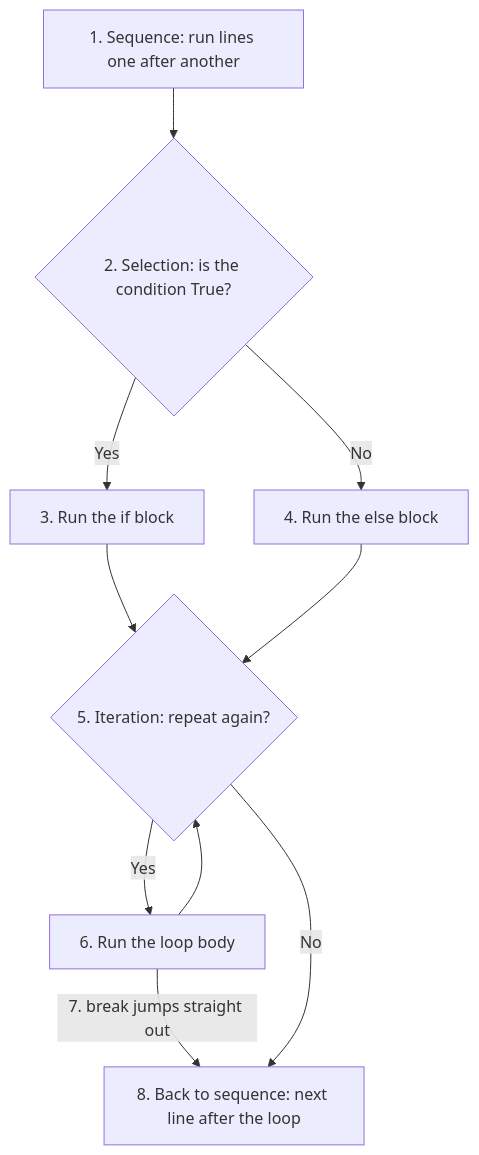
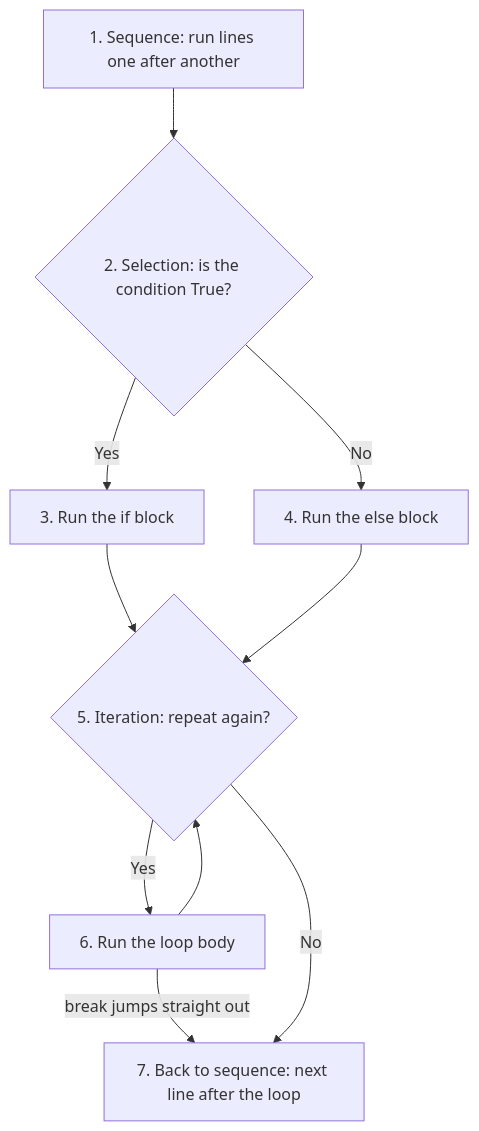
Before and after one commit to ag999git/001-mkdocs: the first of 8 diagrams in docs/04-flow-control/03-2-ch4-conceptual-qa.md, drawn with Mermaid. The commit also changed other lines of this file, not shown here.

````diff
--- a/docs/04-flow-control/03-2-ch4-conceptual-qa.md
+++ b/docs/04-flow-control/03-2-ch4-conceptual-qa.md
@@ -107,12 +107,12 @@
 ```mermaid
 flowchart TD
     A1["1. Sequence: run lines one after another"] --> A2{"2. Selection: is the condition True?"}
     A2 -- "Yes" --> A3["3. Run the if block"]
     A2 -- "No" --> A4["4. Run the else block"]
     A3 --> A5{"5. Iteration: repeat again?"}
     A4 --> A5
     A5 -- "Yes" --> A6["6. Run the loop body"]
-    A6 -- "7. break jumps straight out" --> A8
+    A6 -- "break jumps straight out" --> A7
     A6 --> A5
-    A5 -- "No" --> A8["8. Back to sequence: next line after the loop"]
+    A5 -- "No" --> A7["7. Back to sequence: next line after the loop"]
 ```
````
